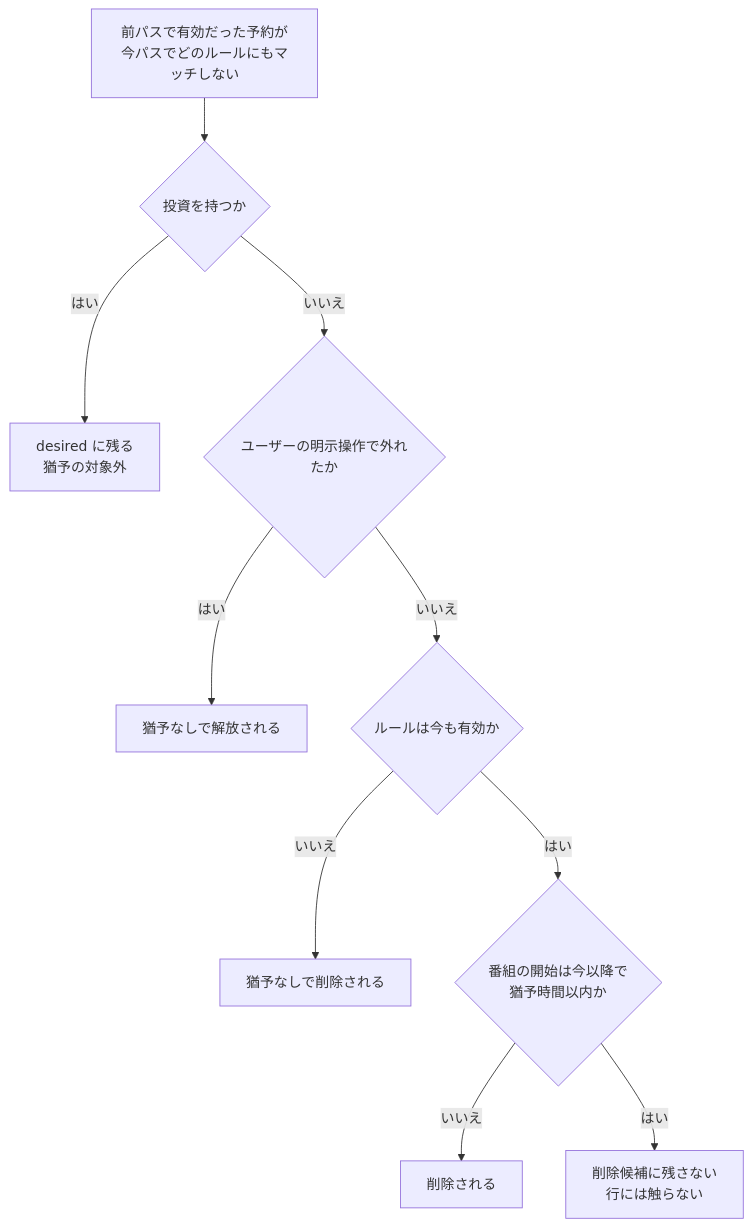
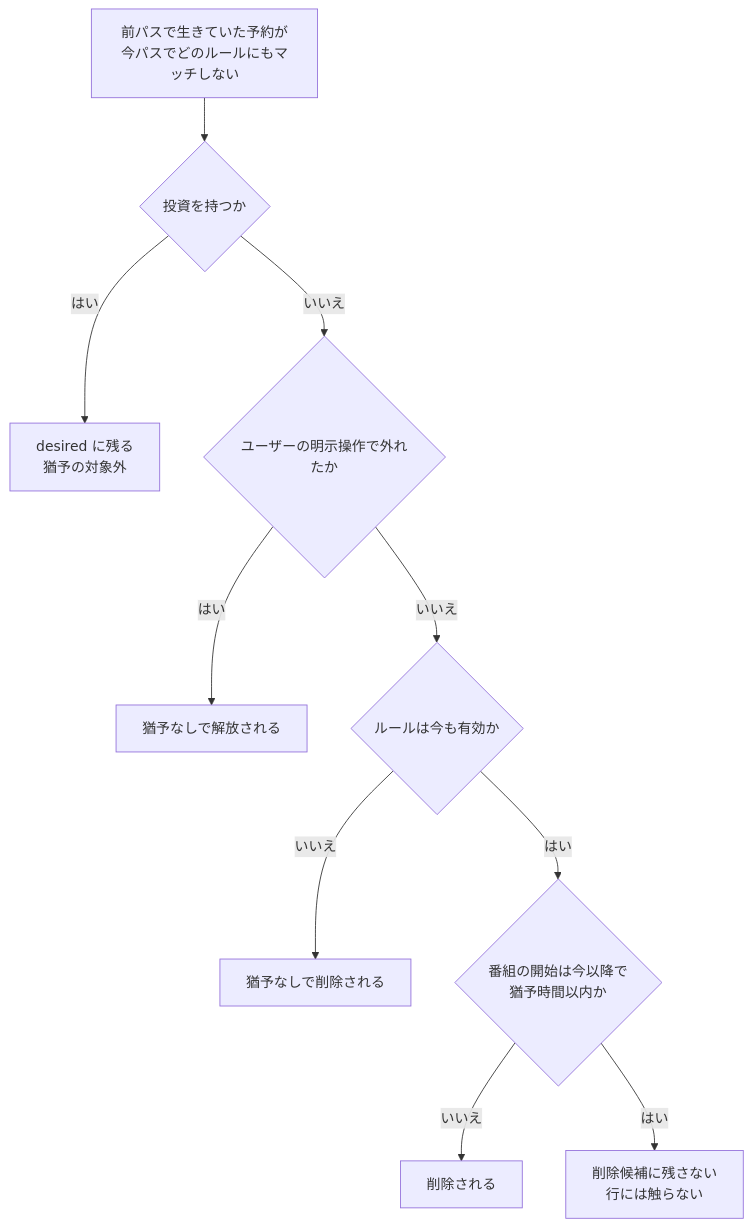
One commit to fetburner/rokuban changed the first of 2 diagrams in docs/recording/ruler.md. Above: the diagram before and after it, drawn with Mermaid. The commit also changed other lines of this file and 19 other files, not shown here.

Commit message:
K-19 レビュー指摘: 意味のずれ・落ちた条件・図とコードの食い違いを直す

````diff
--- a/docs/recording/ruler.md
+++ b/docs/recording/ruler.md
@@ -155,12 +155,12 @@
 ```mermaid
 flowchart TD
-  A["前パスで有効だった予約が<br>今パスでどのルールにもマッチしない"] --> B{"投資を持つか"}
+  A["前パスで生きていた予約が<br>今パスでどのルールにもマッチしない"] --> B{"投資を持つか"}
   B -- はい --> K1["desired に残る<br>猶予の対象外"]
   B -- いいえ --> C{"ユーザーの明示操作で外れたか"}
   C -- はい --> X1["猶予なしで解放される"]
   C -- いいえ --> D{"ルールは今も有効か"}
   D -- いいえ --> X2["猶予なしで削除される"]
   D -- はい --> E{"番組の開始は今以降で<br>猶予時間以内か"}
   E -- いいえ --> X3["削除される"]
   E -- はい --> Y["削除候補に残さない<br>行には触らない"]
 ```
````
